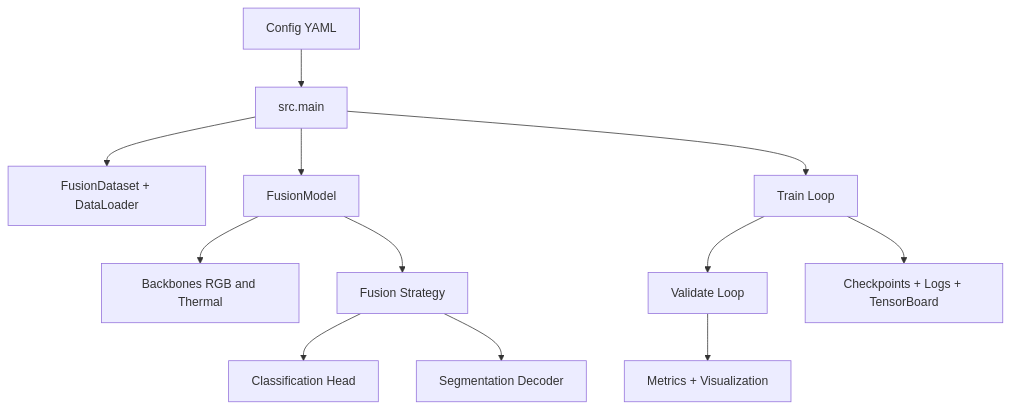
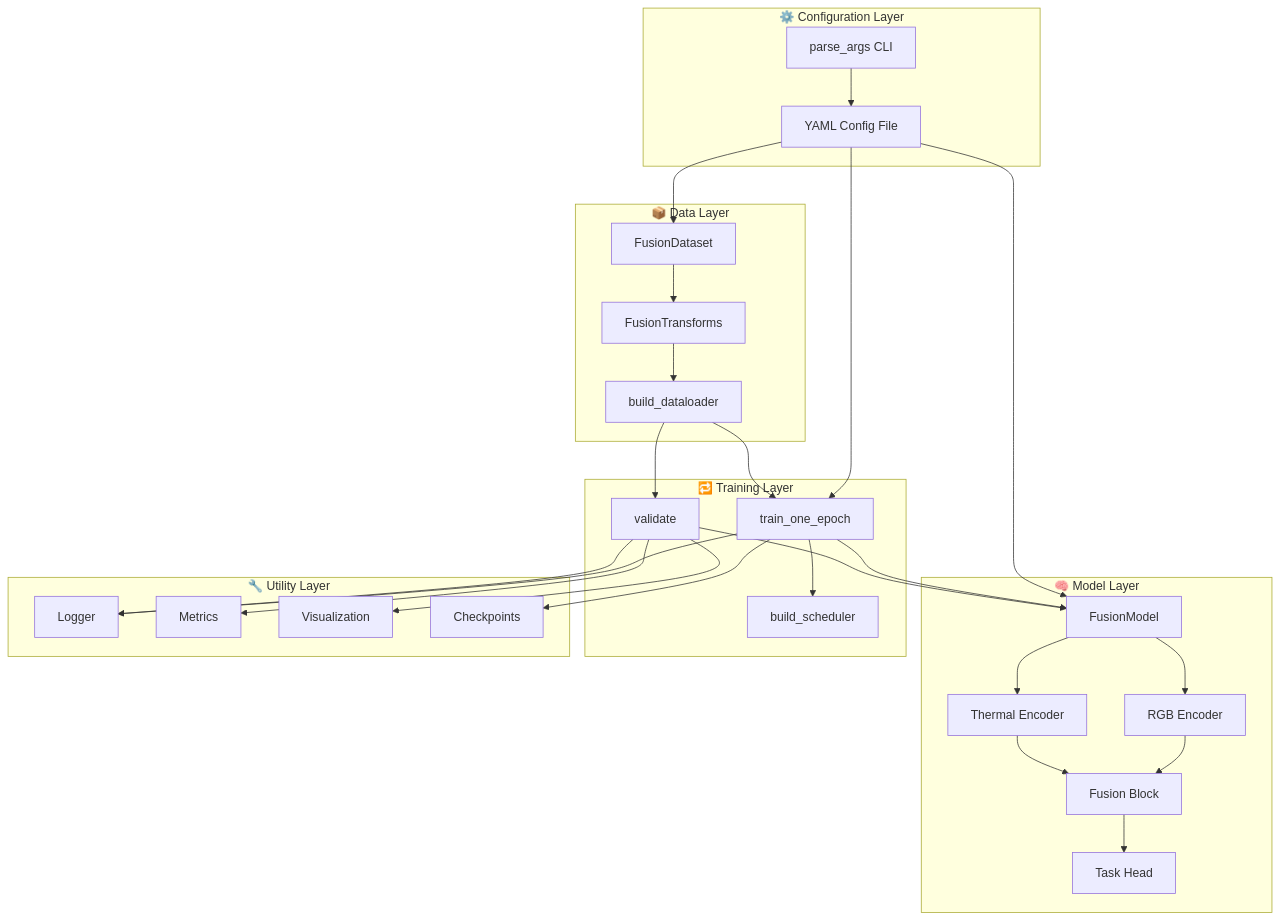
The first of 8 diagrams in README.md (hkevin01/rgbt-fusion), drawn with Mermaid before and after one commit. The commit also changed other lines of this file, not shown here.

````diff
--- a/README.md
+++ b/README.md
@@ -84,14 +107,56 @@
 ```mermaid
 flowchart TD
-    A[Config YAML] --> B[src.main]
-    B --> C[FusionDataset + DataLoader]
-    B --> D[FusionModel]
-    D --> E[Backbones RGB and Thermal]
-    D --> F[Fusion Strategy]
-    F --> G[Classification Head]
-    F --> H[Segmentation Decoder]
-    B --> I[Train Loop]
-    I --> J[Validate Loop]
-    J --> K[Metrics + Visualization]
-    I --> L[Checkpoints + Logs + TensorBoard]
+    subgraph CONFIG["⚙️ Configuration Layer"]
+        A[YAML Config File]
+        B[parse_args CLI]
+    end
+
+    subgraph DATA["📦 Data Layer"]
+        C[FusionDataset]
+        D[FusionTransforms]
+        E[build_dataloader]
+    end
+
+    subgraph MODEL["🧠 Model Layer"]
+        F[FusionModel]
+        G[RGB Encoder]
+        H[Thermal Encoder]
+        I[Fusion Block]
+        J[Task Head]
+    end
+
+    subgraph TRAIN["🔁 Training Layer"]
+        K[train_one_epoch]
+        L[validate]
+        M[build_scheduler]
+    end
+
+    subgraph UTIL["🔧 Utility Layer"]
+        N[Logger]
+        O[Metrics]
+        P[Visualization]
+        Q[Checkpoints]
+    end
+
+    A --> C
+    A --> F
+    A --> K
+    B --> A
+    C --> D
+    D --> E
+    E --> K
+    E --> L
+    F --> G
+    F --> H
+    G --> I
+    H --> I
+    I --> J
+    K --> F
+    K --> M
+    L --> F
+    L --> O
+    L --> P
+    K --> N
+    K --> Q
+    L --> N
 ```
````
